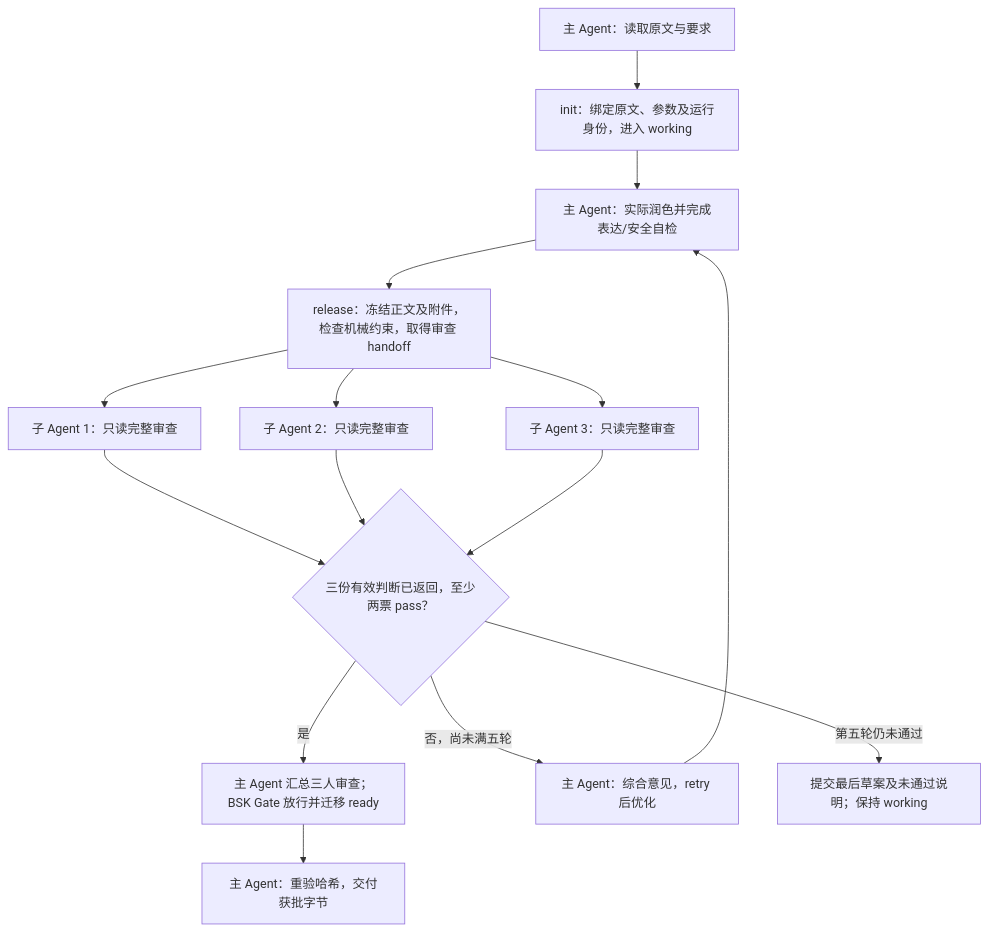
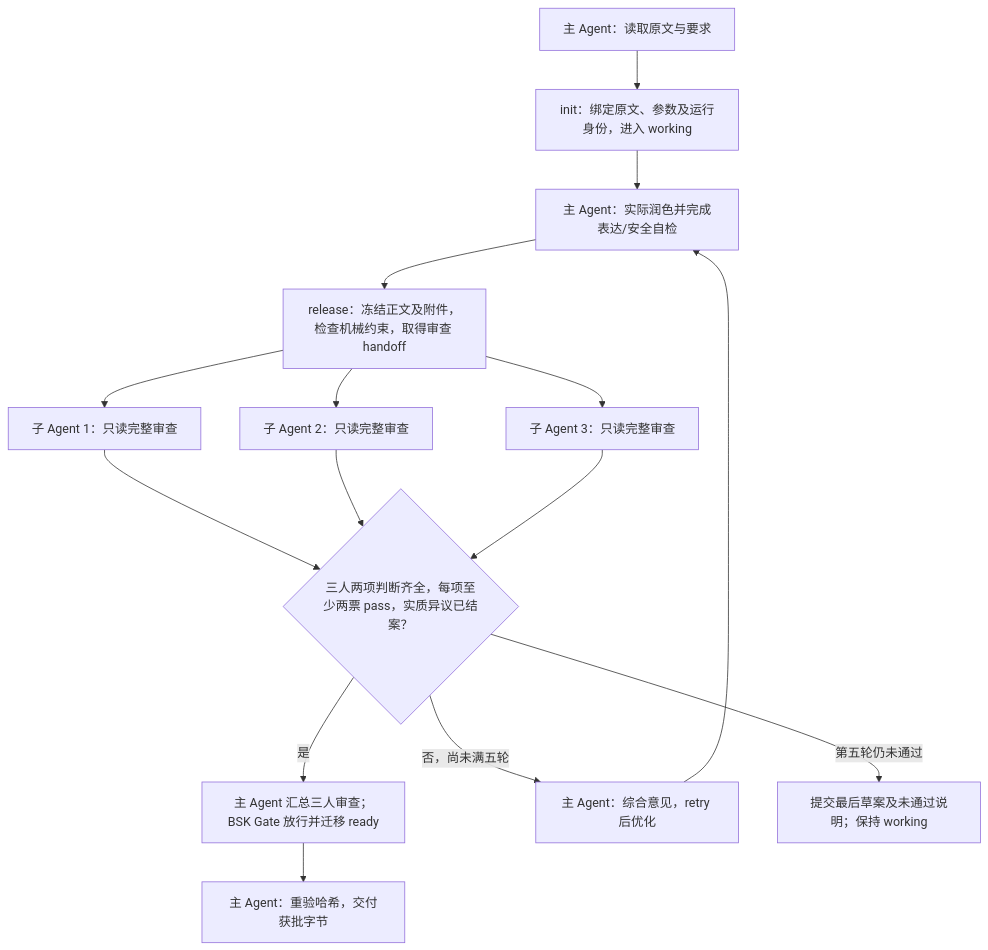
Before and after one commit to huangwb8/skills: the diagram in skills/alpha/humanization/README.md, drawn with Mermaid. The commit also changed other lines of this file and 57 other files, not shown here.

````diff
--- a/skills/alpha/humanization/README.md
+++ b/skills/alpha/humanization/README.md
@@ -36,17 +38,17 @@
 ```mermaid
 flowchart TD
     A["主 Agent：读取原文与要求"] --> B["init：绑定原文、参数及运行身份，进入 working"]
     B --> C["主 Agent：实际润色并完成表达/安全自检"]
     C --> D["release：冻结正文及附件，检查机械约束，取得审查 handoff"]
     D --> R1["子 Agent 1：只读完整审查"]
     D --> R2["子 Agent 2：只读完整审查"]
     D --> R3["子 Agent 3：只读完整审查"]
-    R1 --> Q{"三份有效判断已返回，至少两票 pass？"}
+    R1 --> Q{"三人两项判断齐全，每项至少两票 pass，实质异议已结案？"}
     R2 --> Q
     R3 --> Q
     Q -->|是| G["主 Agent 汇总三人审查；BSK Gate 放行并迁移 ready"]
     G --> O["主 Agent：重验哈希，交付获批字节"]
     Q -->|否，尚未满五轮| E["主 Agent：综合意见，retry 后优化"]
     E --> C
     Q -->|第五轮仍未通过| X["提交最后草案及未通过说明；保持 working"]
 ```
````
